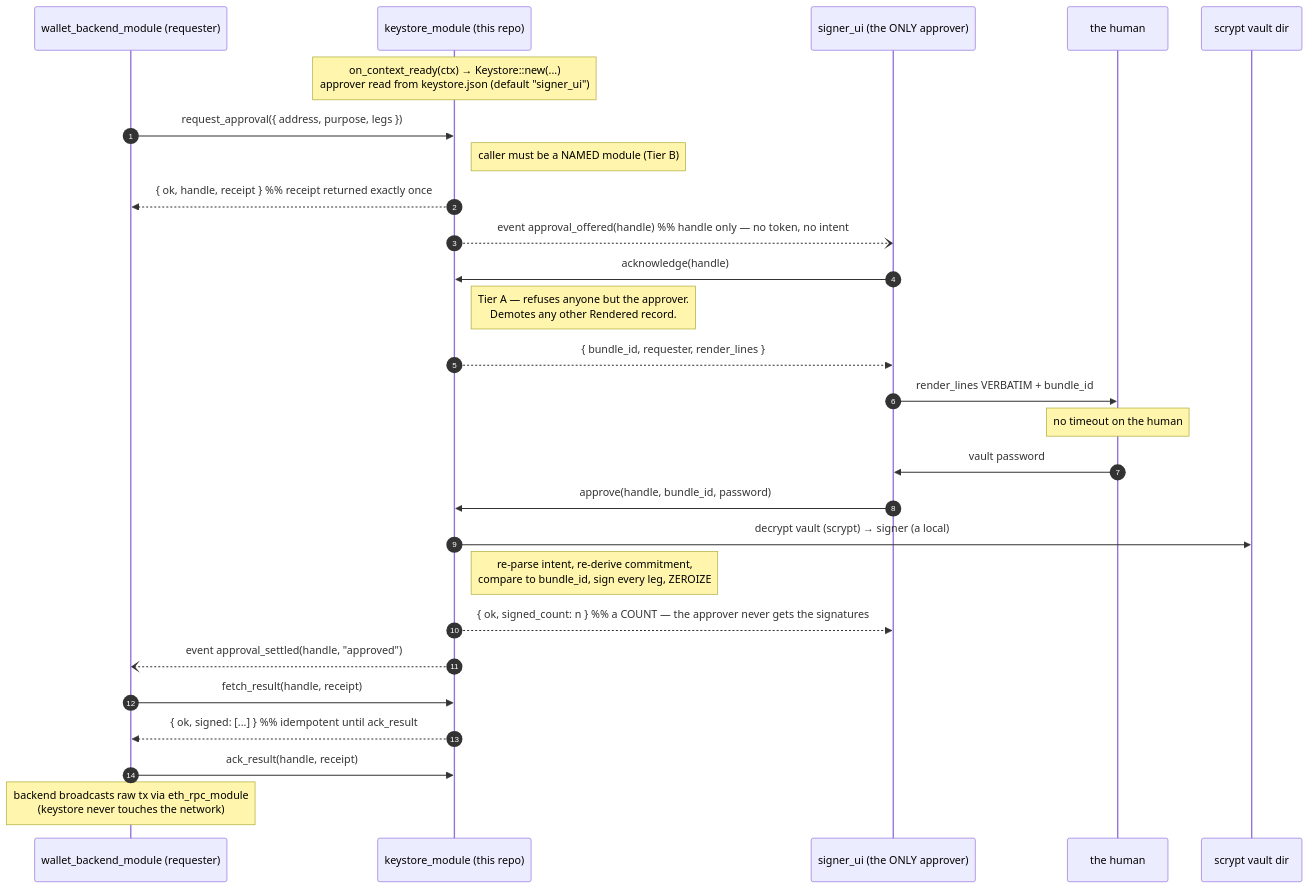
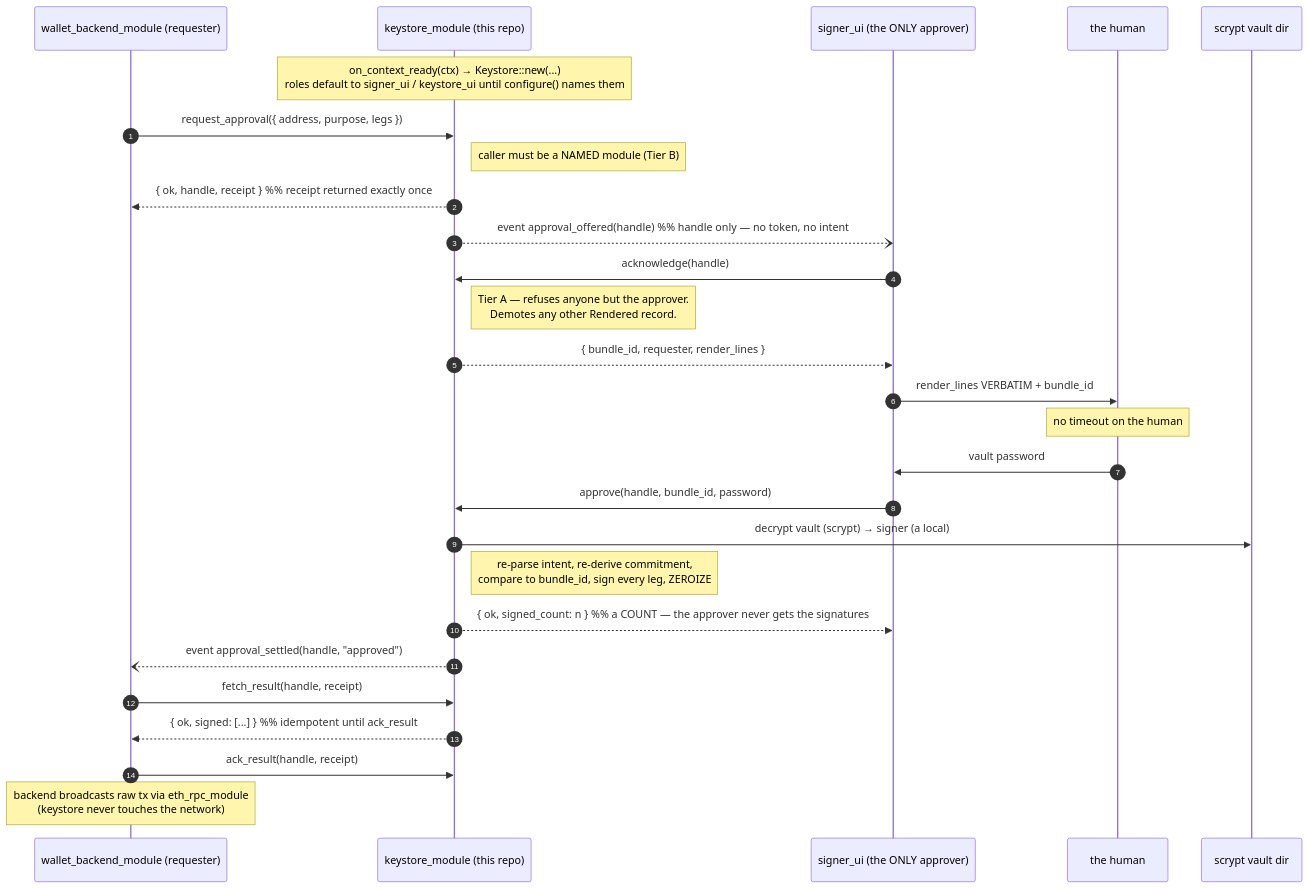
One commit to logos-co/logos-evm-keystore-module changed the second of 2 diagrams in docs/specs.md. Above: the diagram before and after it, drawn with Mermaid. The commit also changed other lines of this file and 23 other files, not shown here.

````diff
--- a/docs/specs.md
+++ b/docs/specs.md
@@ -131,35 +131,35 @@
 ```mermaid
 sequenceDiagram
     autonumber
     participant BE as wallet_backend_module (requester)
     participant KS as keystore_module (this repo)
     participant SU as signer_ui (the ONLY approver)
     participant H as the human
     participant DISK as scrypt vault dir
 
-    Note over KS: on_context_ready(ctx) → Keystore::new(...)<br/>approver read from keystore.json (default "signer_ui")
+    Note over KS: on_context_ready(ctx) → Keystore::new(...)<br/>roles default to signer_ui / keystore_ui until configure() names them
 
     BE->>KS: request_approval({ address, purpose, legs })
     Note right of KS: caller must be a NAMED module (Tier B)
     KS-->>BE: { ok, handle, receipt }   %% receipt returned exactly once
     KS--)SU: event approval_offered(handle)   %% handle only — no token, no intent
 
     SU->>KS: acknowledge(handle)
     Note right of KS: Tier A — refuses anyone but the approver.<br/>Demotes any other Rendered record.
     KS-->>SU: { bundle_id, requester, render_lines }
     SU->>H: render_lines VERBATIM + bundle_id
     Note over H: no timeout on the human
 
     H->>SU: vault password
     SU->>KS: approve(handle, bundle_id, password)
     KS->>DISK: decrypt vault (scrypt) → signer (a local)
     Note right of KS: re-parse intent, re-derive commitment,<br/>compare to bundle_id, sign every leg, ZEROIZE
     KS-->>SU: { ok, signed_count: n }   %% a COUNT — the approver never gets the signatures
     KS--)BE: event approval_settled(handle, "approved")
 
     BE->>KS: fetch_result(handle, receipt)
     KS-->>BE: { ok, signed: [...] }   %% idempotent until ack_result
     BE->>KS: ack_result(handle, receipt)
 
     Note over BE: backend broadcasts raw tx via eth_rpc_module<br/>(keystore never touches the network)
 ```
````
